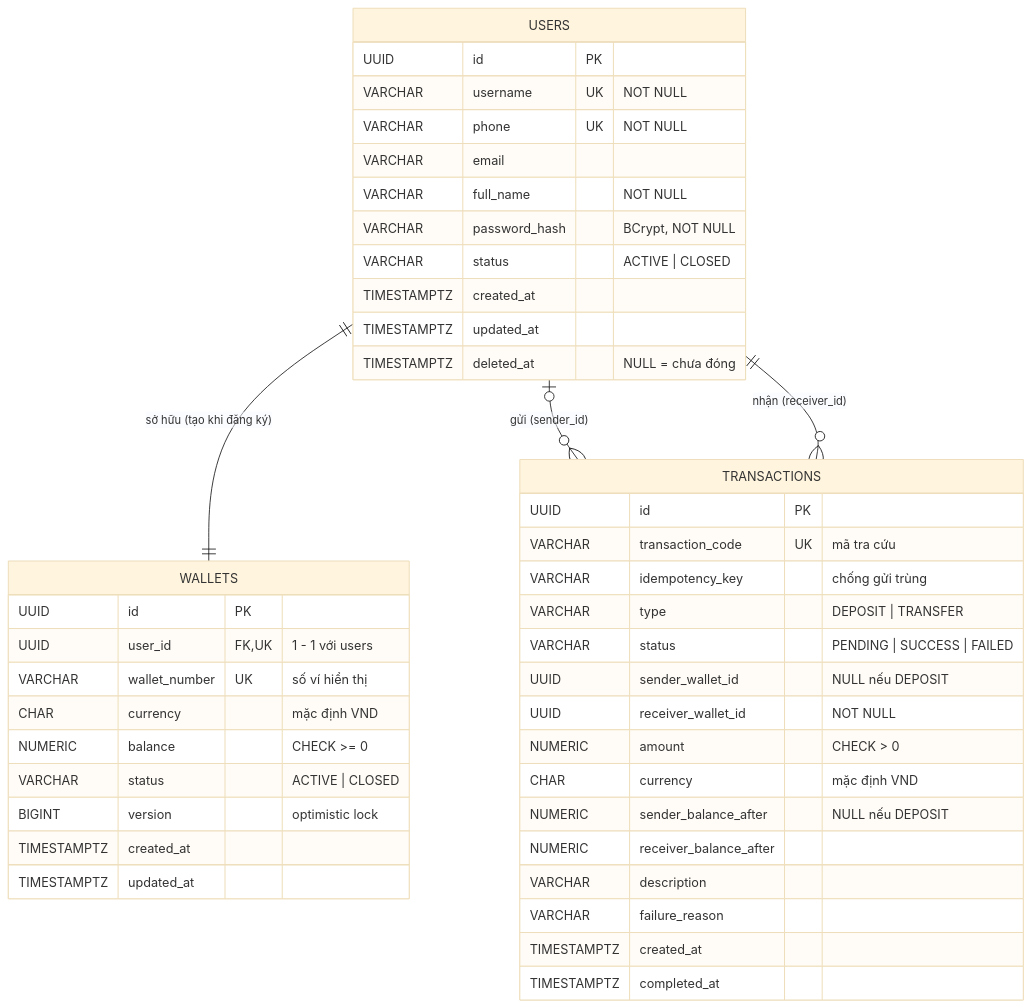
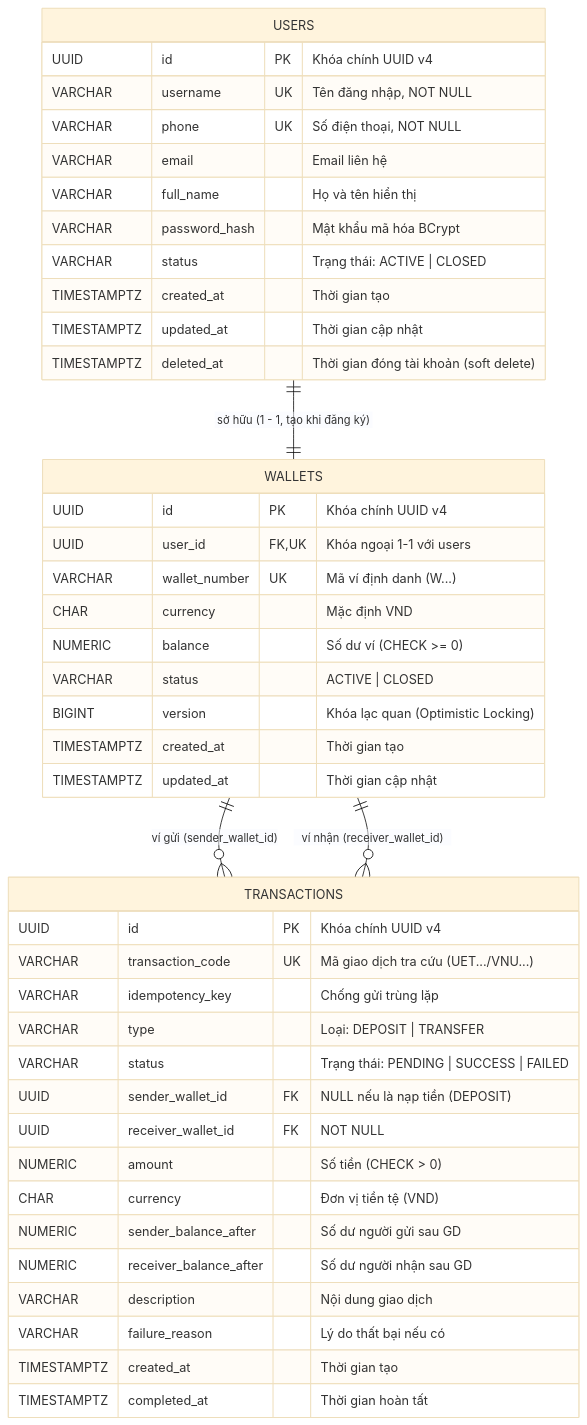
The third of 4 diagrams in README.md (meoluoi3/E-wallet), drawn with Mermaid (base theme) before and after one commit. The commit also changed other lines of this file and 2 other files, not shown here.

````diff
--- a/README.md
+++ b/README.md
@@ -244,49 +182,49 @@
 ```mermaid
 erDiagram
-    USERS ||--|| WALLETS : "sở hữu (tạo khi đăng ký)"
-    USERS |o--o{ TRANSACTIONS : "gửi (sender_id)"
-    USERS ||--o{ TRANSACTIONS : "nhận (receiver_id)"
+    USERS ||--|| WALLETS : "sở hữu (1 - 1, tạo khi đăng ký)"
+    WALLETS ||--o{ TRANSACTIONS : "ví gửi (sender_wallet_id)"
+    WALLETS ||--o{ TRANSACTIONS : "ví nhận (receiver_wallet_id)"
 
     USERS {
-        UUID id PK
-        VARCHAR username UK "NOT NULL"
-        VARCHAR phone UK "NOT NULL"
-        VARCHAR email
-        VARCHAR full_name "NOT NULL"
-        VARCHAR password_hash "BCrypt, NOT NULL"
-        VARCHAR status "ACTIVE | CLOSED"
-        TIMESTAMPTZ created_at
-        TIMESTAMPTZ updated_at
-        TIMESTAMPTZ deleted_at "NULL = chưa đóng"
+        UUID id PK "Khóa chính UUID v4"
+        VARCHAR username UK "Tên đăng nhập, NOT NULL"
+        VARCHAR phone UK "Số điện thoại, NOT NULL"
+        VARCHAR email "Email liên hệ"
+        VARCHAR full_name "Họ và tên hiển thị"
+        VARCHAR password_hash "Mật khẩu mã hóa BCrypt"
+        VARCHAR status "Trạng thái: ACTIVE | CLOSED"
+        TIMESTAMPTZ created_at "Thời gian tạo"
+        TIMESTAMPTZ updated_at "Thời gian cập nhật"
+        TIMESTAMPTZ deleted_at "Thời gian đóng tài khoản (soft delete)"
     }
 
     WALLETS {
-        UUID id PK
-        UUID user_id FK, UK "1 - 1 với users"
-        VARCHAR wallet_number UK "số ví hiển thị"
-        CHAR currency "mặc định VND"
-        NUMERIC balance "CHECK >= 0"
+        UUID id PK "Khóa chính UUID v4"
+        UUID user_id FK, UK "Khóa ngoại 1-1 với users"
+        VARCHAR wallet_number UK "Mã ví định danh (W...)"
+        CHAR currency "Mặc định VND"
+        NUMERIC balance "Số dư ví (CHECK >= 0)"
         VARCHAR status "ACTIVE | CLOSED"
-        BIGINT version "optimistic lock"
-        TIMESTAMPTZ created_at
-        TIMESTAMPTZ updated_at
+        BIGINT version "Khóa lạc quan (Optimistic Locking)"
+        TIMESTAMPTZ created_at "Thời gian tạo"
+        TIMESTAMPTZ updated_at "Thời gian cập nhật"
     }
 
     TRANSACTIONS {
-        UUID id PK
-        VARCHAR transaction_code UK "mã tra cứu"
-        VARCHAR idempotency_key "chống gửi trùng"
-        VARCHAR type "DEPOSIT | TRANSFER"
-        VARCHAR status "PENDING | SUCCESS | FAILED"
-        UUID sender_wallet_id "NULL nếu DEPOSIT"
-        UUID receiver_wallet_id "NOT NULL"
-        NUMERIC amount "CHECK > 0"
-        CHAR currency "mặc định VND"
-        NUMERIC sender_balance_after "NULL nếu DEPOSIT"
-        NUMERIC receiver_balance_after
-        VARCHAR description
-        VARCHAR failure_reason
-        TIMESTAMPTZ created_at
-        TIMESTAMPTZ completed_at
+        UUID id PK "Khóa chính UUID v4"
+        VARCHAR transaction_code UK "Mã giao dịch tra cứu (UET.../VNU...)"
+        VARCHAR idempotency_key "Chống gửi trùng lặp"
+        VARCHAR type "Loại: DEPOSIT | TRANSFER"
+        VARCHAR status "Trạng thái: PENDING | SUCCESS | FAILED"
+        UUID sender_wallet_id FK "NULL nếu là nạp tiền (DEPOSIT)"
+        UUID receiver_wallet_id FK "NOT NULL"
+        NUMERIC amount "Số tiền (CHECK > 0)"
+        CHAR currency "Đơn vị tiền tệ (VND)"
+        NUMERIC sender_balance_after "Số dư người gửi sau GD"
+        NUMERIC receiver_balance_after "Số dư người nhận sau GD"
+        VARCHAR description "Nội dung giao dịch"
+        VARCHAR failure_reason "Lý do thất bại nếu có"
+        TIMESTAMPTZ created_at "Thời gian tạo"
+        TIMESTAMPTZ completed_at "Thời gian hoàn tất"
     }
 ```
````
